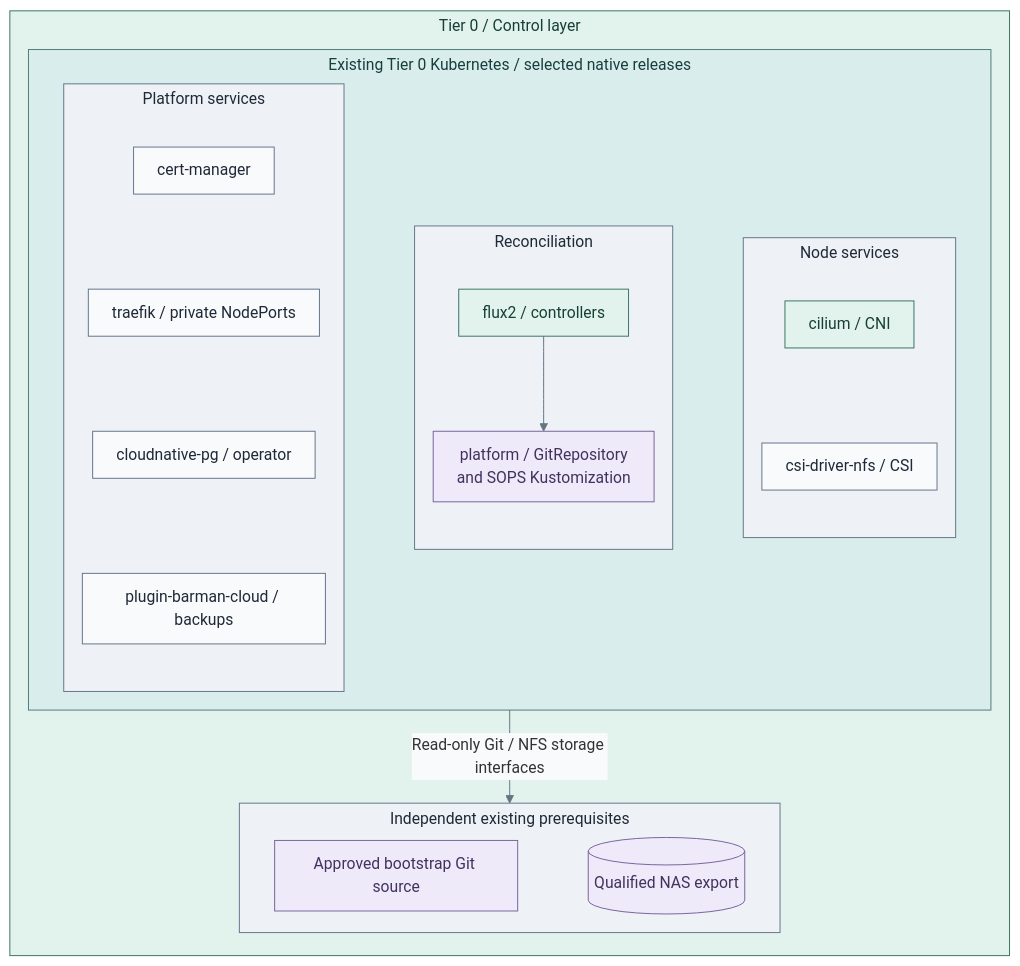
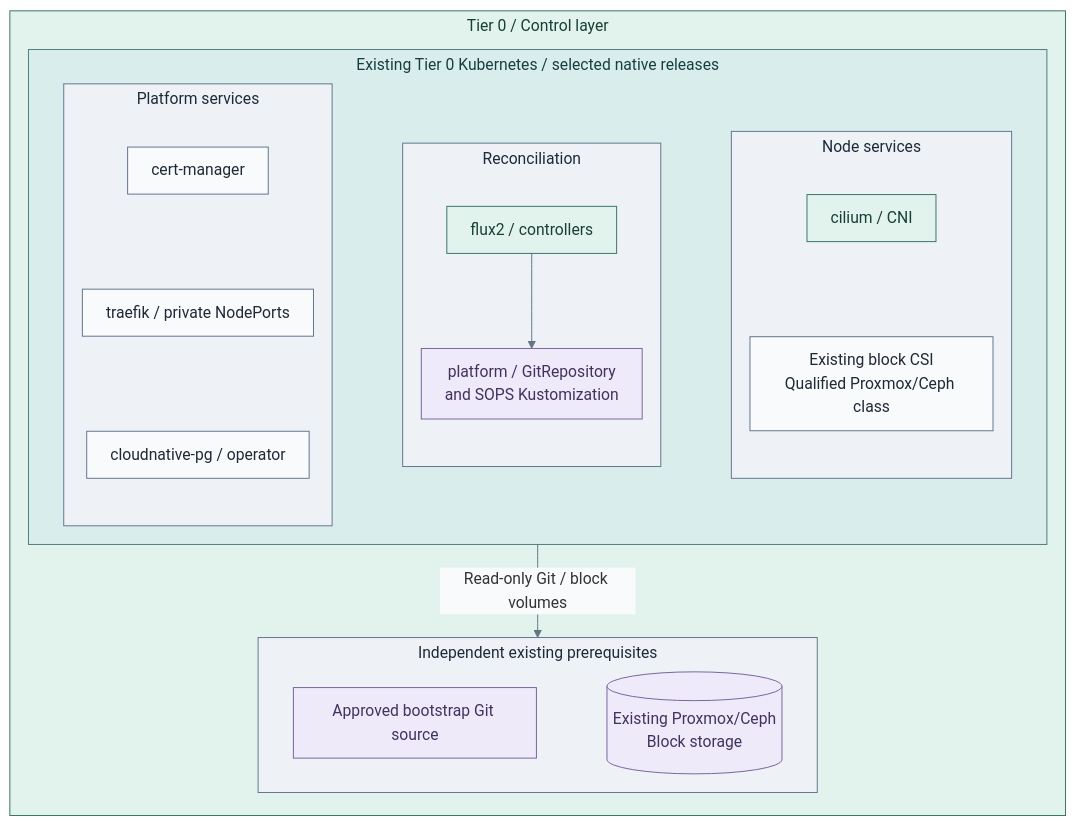
The second of 3 diagrams in docs/deployment/stage-4-kubernetes/README.md (Rexus/homelab), drawn with Mermaid before and after one commit. The commit also changed other lines of this file and 363 other files, not shown here.

Commit message:
feat(platform): complete reference deployments and NAS backups

````diff
--- a/docs/deployment/stage-4-kubernetes/README.md
+++ b/docs/deployment/stage-4-kubernetes/README.md
@@ -91,47 +92,46 @@
 ```mermaid
 %%{init: {"theme":"base","flowchart":{"nodeSpacing":18,"rankSpacing":22,"padding":12,"subGraphTitleMargin":{"top":4,"bottom":12}},"themeVariables":{"lineColor":"#627581","edgeLabelBackground":"#f8fafc"}}}%%
 flowchart TB
   subgraph T0["Tier 0 / Control layer"]
     direction TB
     subgraph Cluster["Existing Tier 0 Kubernetes / selected native releases"]
       direction LR
       subgraph Apps["Platform services"]
         direction TB
         TLS["cert-manager"]
         Ingress["traefik / private NodePorts"]
         Database["cloudnative-pg / operator"]
-        Backup["plugin-barman-cloud / backups"]
-        TLS ~~~ Ingress ~~~ Database ~~~ Backup
+        TLS ~~~ Ingress ~~~ Database
       end
       subgraph Reconcile["Reconciliation"]
         direction TB
         Flux["flux2 / controllers"]
         Source["platform / GitRepository<br/>and SOPS Kustomization"]
         Flux --> Source
       end
       subgraph NodeServices["Node services"]
         direction TB
         Network["cilium / CNI"]
-        Storage["csi-driver-nfs / CSI"]
+        Storage["Existing block CSI<br/>Qualified Proxmox/Ceph class"]
         Network ~~~ Storage
       end
       Apps ~~~ Reconcile ~~~ NodeServices
     end
     subgraph Existing["Independent existing prerequisites"]
       direction LR
       Git["Approved bootstrap Git source"]
-      NAS[("Qualified NAS export")]
-      Git ~~~ NAS
+      PVE[("Existing Proxmox/Ceph<br/>Block storage")]
+      Git ~~~ PVE
     end
-    Cluster -->|Read-only Git / NFS storage interfaces| Existing
+    Cluster -->|Read-only Git / block volumes| Existing
   end
   classDef default fill:#f8fafc,stroke:#64748b,color:#1f2937
   classDef control fill:#e2f3ed,stroke:#397366,color:#173f36
   classDef runtime fill:#d9eeec,stroke:#4d7b77,color:#173f3e
   classDef boundary fill:#eef2f6,stroke:#64748b,color:#1f2937
   classDef data fill:#eeeafa,stroke:#78639b,color:#42325d
   class T0,Flux,Network control
   class Cluster runtime
   class Apps,Reconcile,NodeServices,Existing boundary
-  class Source,Git,NAS data
+  class Source,Git,PVE data
 ```
````
